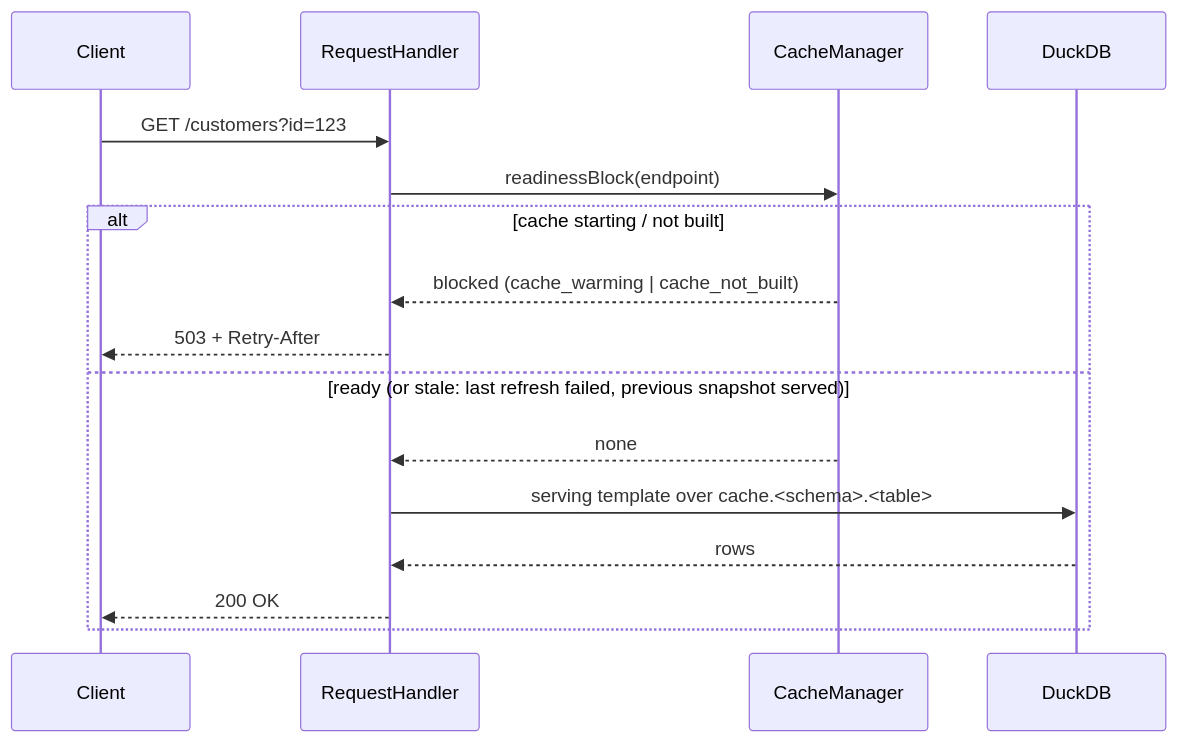
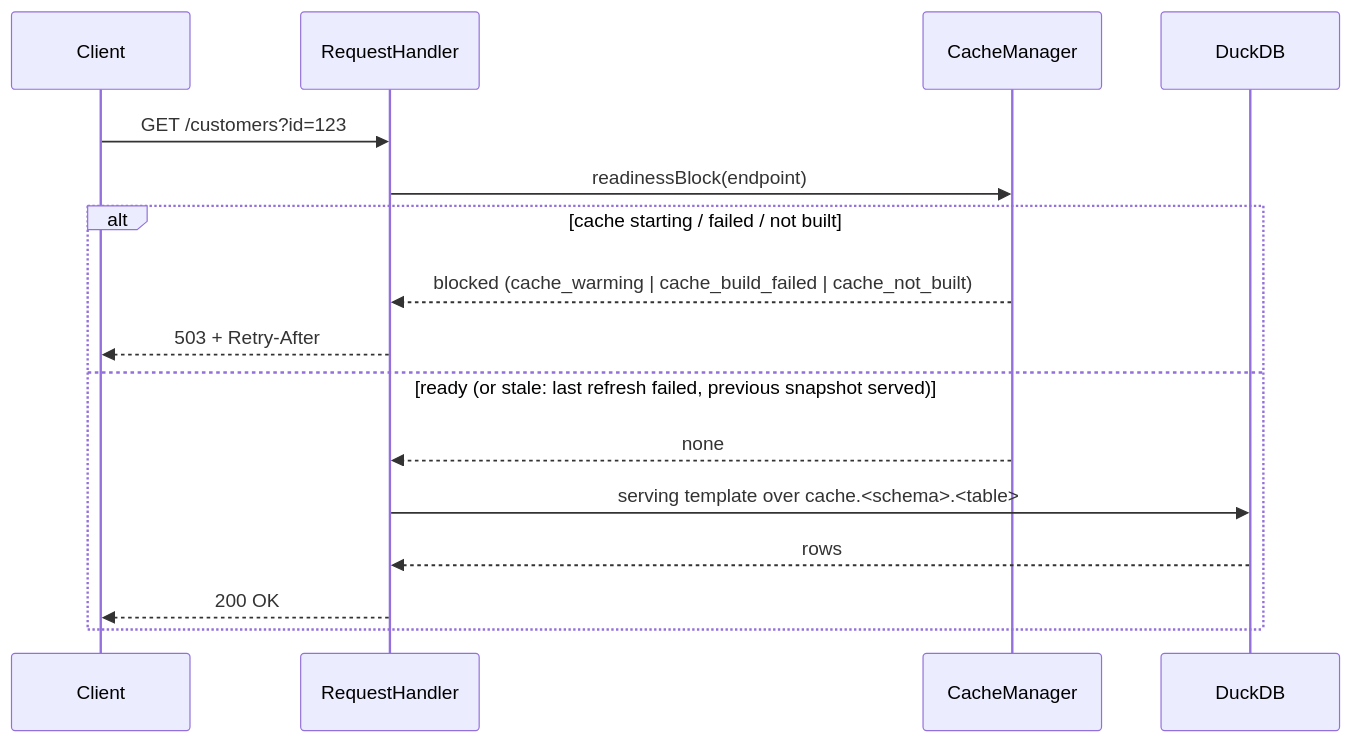
The third of 3 diagrams in docs/spec/components/caching.md (DataZooDE/flapi), drawn with Mermaid before and after one commit. The commit also changed other lines of this file and 59 other files, not shown here.

````diff
--- a/docs/spec/components/caching.md
+++ b/docs/spec/components/caching.md
@@ -359,19 +395,19 @@
 ```mermaid
 sequenceDiagram
     participant Client
     participant RH as RequestHandler
     participant CM as CacheManager
     participant DuckDB
 
     Client->>RH: GET /customers?id=123
     RH->>CM: readinessBlock(endpoint)
-    alt cache starting / not built
-        CM-->>RH: blocked (cache_warming | cache_not_built)
+    alt cache starting / failed / not built
+        CM-->>RH: blocked (cache_warming | cache_build_failed | cache_not_built)
         RH-->>Client: 503 + Retry-After
     else ready (or stale: last refresh failed, previous snapshot served)
         CM-->>RH: none
         RH->>DuckDB: serving template over cache.<schema>.<table>
         DuckDB-->>RH: rows
         RH-->>Client: 200 OK
     end
 ```
````
